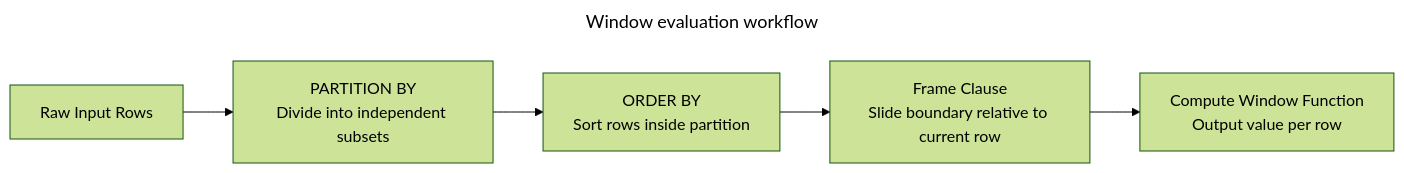
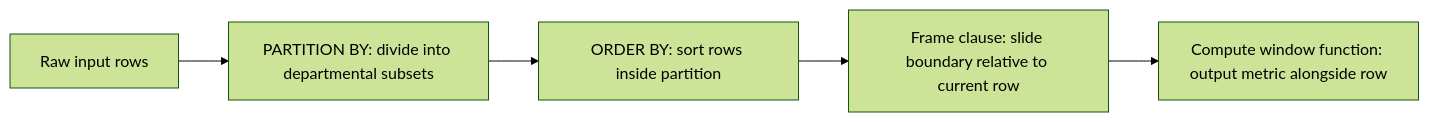
One commit to VineethChivukula/dedocs changed the first of 2 diagrams in content/sql/analytical-and-window-functions.md. Above: the diagram before and after it, drawn with Mermaid (forest theme). The commit also changed other lines of this file and 26 other files, not shown here.

````diff
--- a/content/sql/analytical-and-window-functions.md
+++ b/content/sql/analytical-and-window-functions.md
@@ -48,10 +62,7 @@
 ```mermaid
----
-title: Window evaluation workflow
----
 flowchart LR
-    A["Raw Input Rows"] --> B["PARTITION BY<br/>Divide into independent subsets"]
-    B --> C["ORDER BY<br/>Sort rows inside partition"]
-    C --> D["Frame Clause<br/>Slide boundary relative to current row"]
-    D --> E["Compute Window Function<br/>Output value per row"]
+    A["Raw input rows"] --> B["PARTITION BY: divide into departmental subsets"]
+    B --> C["ORDER BY: sort rows inside partition"]
+    C --> D["Frame clause: slide boundary relative to current row"]
+    D --> E["Compute window function: output metric alongside row"]
 ```
````
